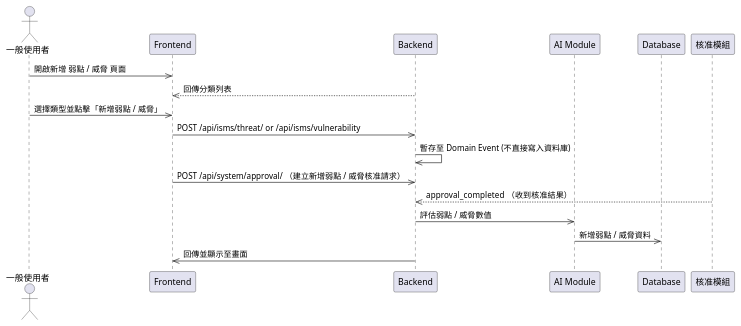
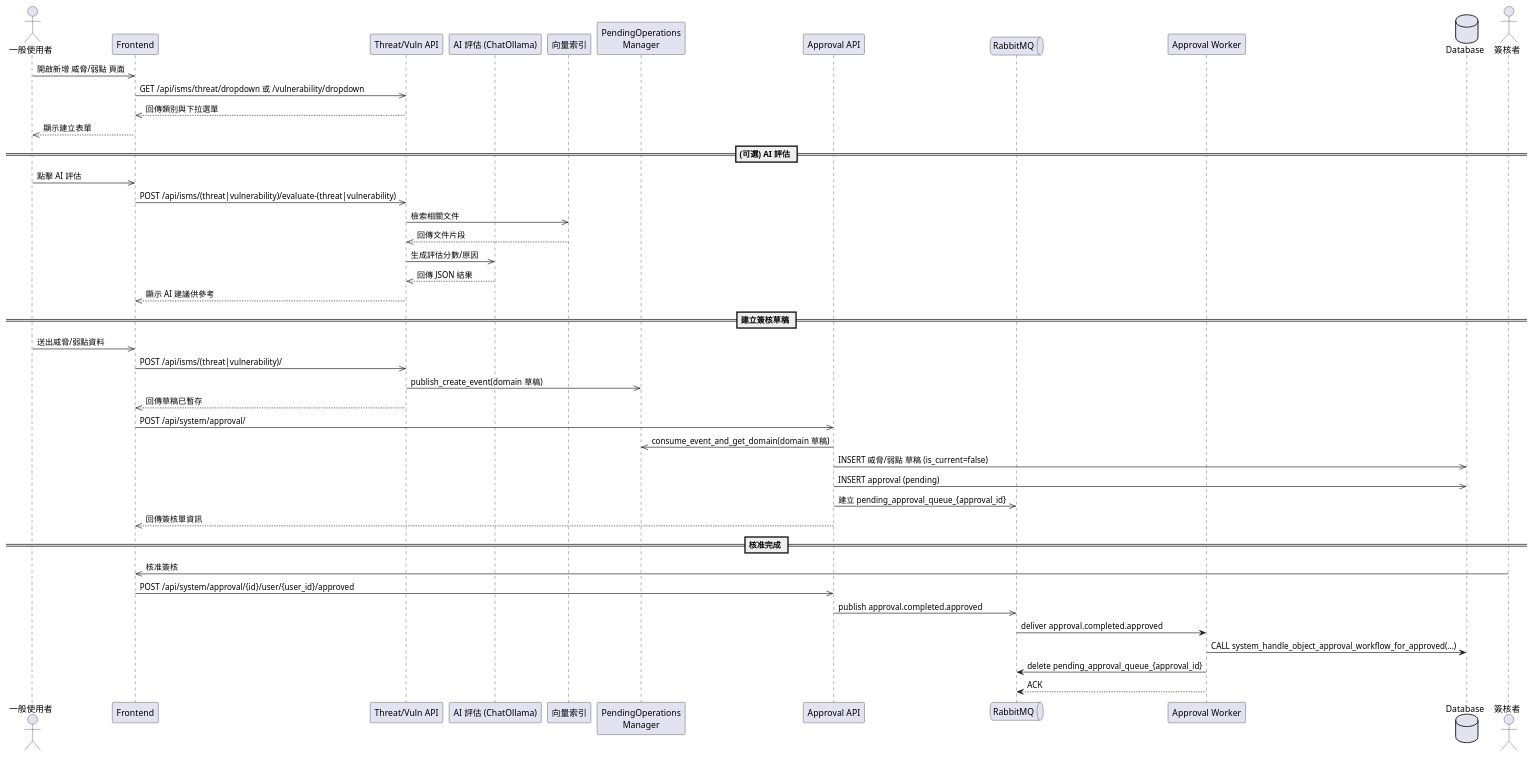
One commit to walle45611/NTUB_SecuManag_Diagram changed the diagram in plantUML/sequence/threat_vuln_create.puml. Above: the diagram before and after it, drawn with PlantUML. The commit also changed 12 other files, not shown here.

Commit message:
feat: 更新多個流程圖，整合 AI 評估與核准流程，增強可讀性與結構

```diff
--- a/plantUML/sequence/threat_vuln_create.puml
+++ b/plantUML/sequence/threat_vuln_create.puml
@@ -1,19 +1,51 @@
 @startuml
 actor User as "一般使用者"
 participant Frontend
-participant Backend
-participant AI_Module as "AI Module"
-participant Database
-participant Approval as "核准模組"
+participant "Threat/Vuln API" as DomainAPI
+participant "AI 評估 (ChatOllama)" as Ollama
+participant "向量索引" as VectorStore
+participant "PendingOperations\nManager" as POM
+participant "Approval API" as ApprovalAPI
+queue "RabbitMQ" as MQ
+participant "Approval Worker" as Worker
+database Database
 
-User->>Frontend: 開啟新增 弱點 / 威脅 頁面
-Backend-->>Frontend: 回傳分類列表
-User->>Frontend: 選擇類型並點擊「新增弱點 / 威脅」
-Frontend->>Backend: POST /api/isms/threat/ or /api/isms/vulnerability
-Backend->>Backend: 暫存至 Domain Event (不直接寫入資料庫)
-Frontend->>Backend: POST /api/system/approval/ （建立新增弱點 / 威脅核准請求）
-Approval-->>Backend: approval_completed  （收到核准結果）
-Backend->> AI_Module: 評估弱點 / 威脅數值
-AI_Module->>Database: 新增弱點 / 威脅資料
-Backend->>Frontend: 回傳並顯示至畫面
+User ->> Frontend: 開啟新增 威脅/弱點 頁面
+Frontend ->> DomainAPI: GET /api/isms/threat/dropdown 或 /vulnerability/dropdown
+DomainAPI -->> Frontend: 回傳類別與下拉選單
+Frontend -->> User: 顯示建立表單
+
+== (可選) AI 評估 ==
+User ->> Frontend: 點擊 AI 評估
+Frontend ->> DomainAPI: POST /api/isms/(threat|vulnerability)/evaluate-(threat|vulnerability)
+DomainAPI ->> VectorStore: 檢索相關文件
+VectorStore -->> DomainAPI: 回傳文件片段
+DomainAPI ->> Ollama: 生成評估分數/原因
+Ollama -->> DomainAPI: 回傳 JSON 結果
+DomainAPI -->> Frontend: 顯示 AI 建議供參考
+
+== 建立簽核草稿 ==
+User ->> Frontend: 送出威脅/弱點資料
+Frontend ->> DomainAPI: POST /api/isms/(threat|vulnerability)/
+DomainAPI ->> POM: publish_create_event(domain 草稿)
+DomainAPI -->> Frontend: 回傳草稿已暫存
+
+Frontend ->> ApprovalAPI: POST /api/system/approval/
+ApprovalAPI ->> POM: consume_event_and_get_domain(domain 草稿)
+ApprovalAPI ->> Database: INSERT 威脅/弱點 草稿 (is_current=false)
+ApprovalAPI ->> Database: INSERT approval (pending)
+ApprovalAPI ->> MQ: 建立 pending_approval_queue_{approval_id}
+ApprovalAPI -->> Frontend: 回傳簽核單資訊
+
+== 核准完成 ==
+actor Approver as "簽核者"
+Approver ->> Frontend: 核准簽核
+Frontend ->> ApprovalAPI: POST /api/system/approval/{id}/user/{user_id}/approved
+ApprovalAPI ->> MQ: publish approval.completed.approved
+
+MQ -> Worker: deliver approval.completed.approved
+Worker -> Database: CALL system_handle_object_approval_workflow_for_approved(...)
+Worker -> MQ: delete pending_approval_queue_{approval_id}
+Worker --> MQ: ACK
+
 @enduml
```
